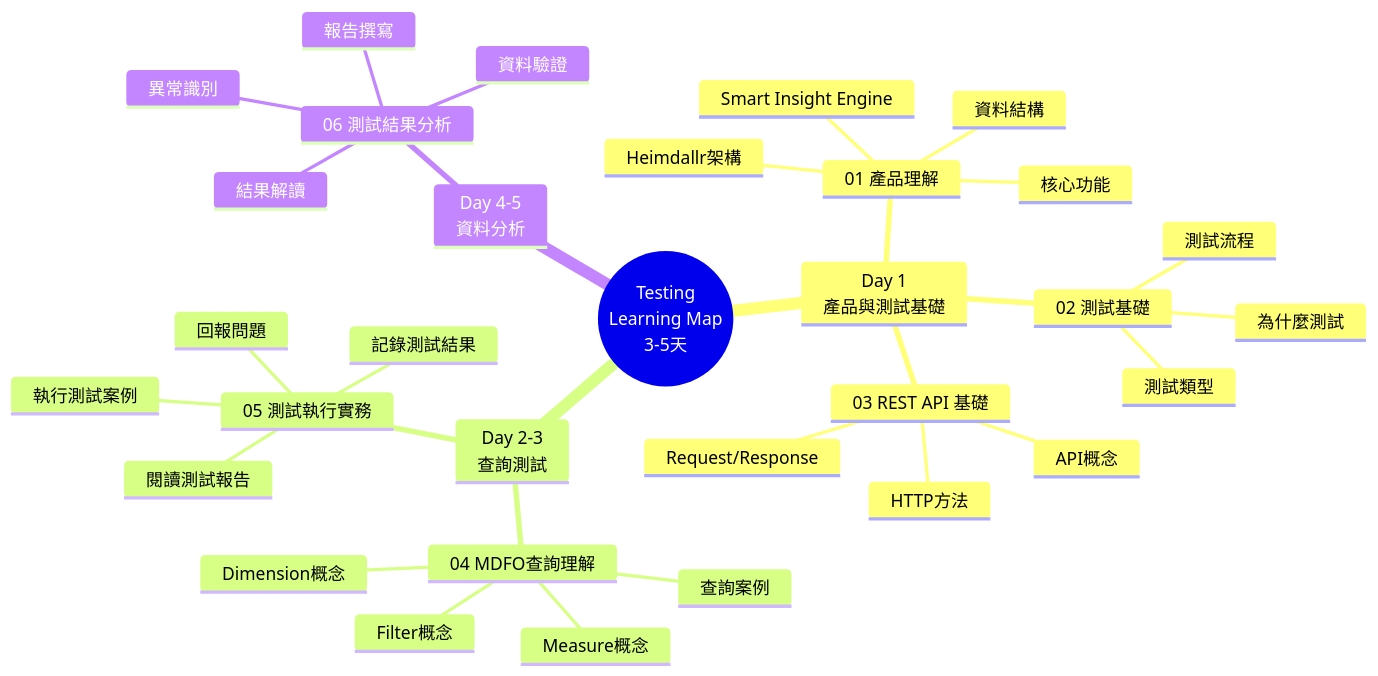
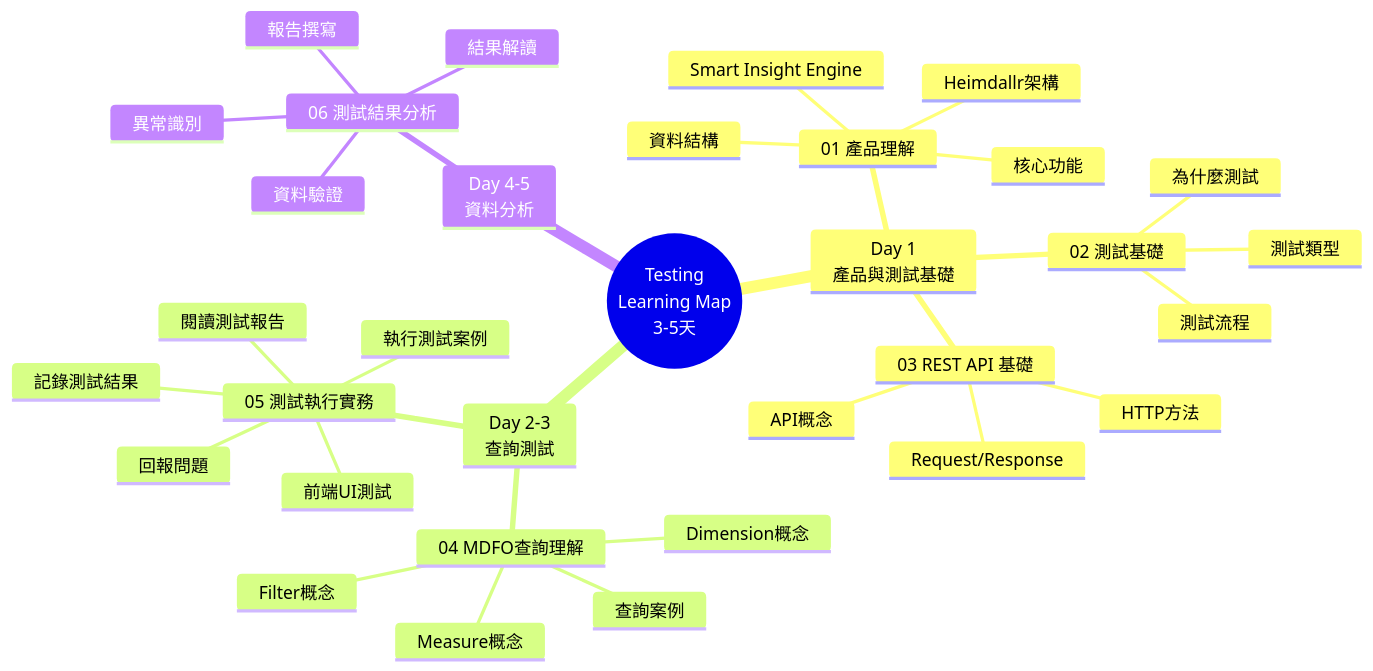
Before and after one commit to mapleelpam/LuminNexus-LearningMap: the diagram in roles/testing/00_outline.md, drawn with Mermaid. The commit also changed other lines of this file and 5 other files, not shown here.

````diff
--- a/roles/testing/00_outline.md
+++ b/roles/testing/00_outline.md
@@ -61,35 +61,36 @@
 ```mermaid
 mindmap
   root((Testing<br/>Learning Map<br/>3-5天))
     Day 1<br/>產品與測試基礎
       01 產品理解
         Smart Insight Engine
         Heimdallr架構
         核心功能
         資料結構
       02 測試基礎
         為什麼測試
         測試類型
         測試流程
       03 REST API 基礎
         API概念
         HTTP方法
         Request/Response
     Day 2-3<br/>查詢測試
       04 MDFO查詢理解
         Measure概念
         Dimension概念
         Filter概念
         查詢案例
       05 測試執行實務
         執行測試案例
+        前端UI測試
         閱讀測試報告
         記錄測試結果
         回報問題
     Day 4-5<br/>資料分析
       06 測試結果分析
         資料驗證
         結果解讀
         異常識別
         報告撰寫
 ```
````
